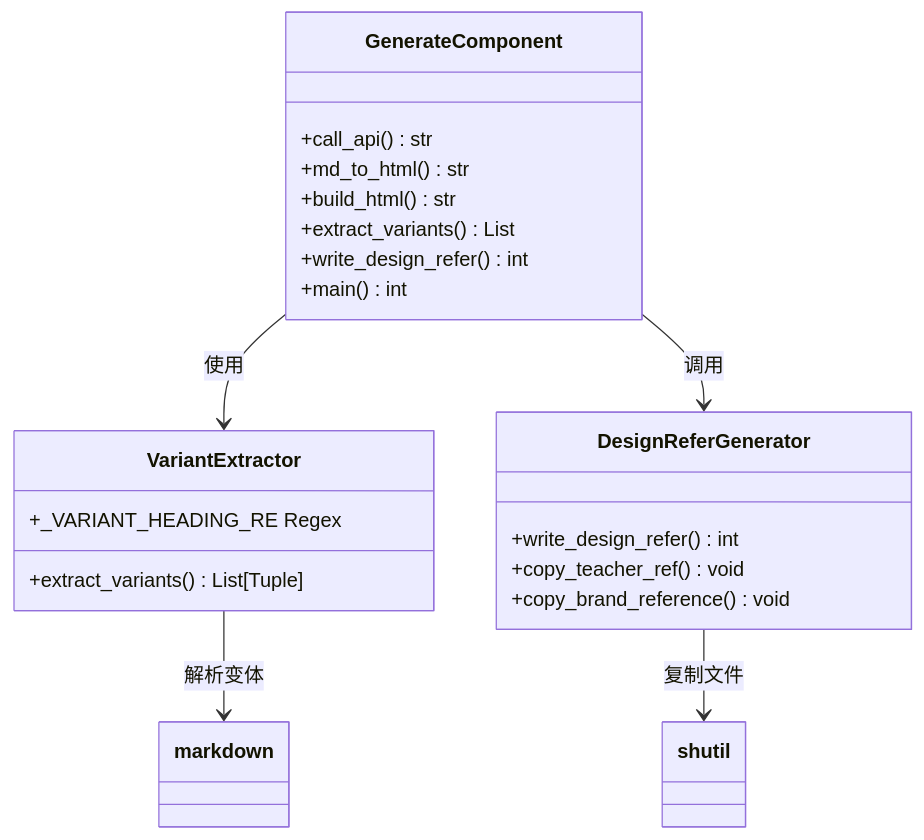
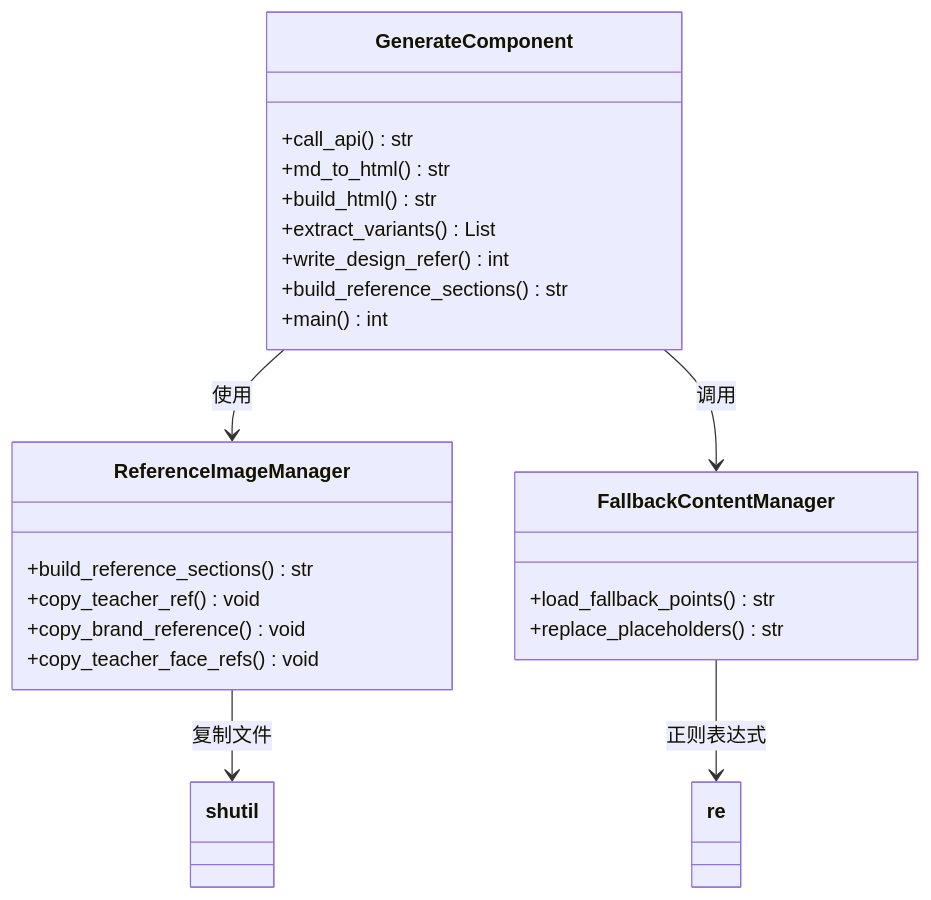
The fourth of 16 diagrams in .qoder/repowiki/zh/content/配置和定制/配置和定制.md (WongMingJiu/landingpage-test-hero-page), drawn with Mermaid before and after one commit. The commit also changed other lines of this file and 6 other files, not shown here.

````diff
--- a/.qoder/repowiki/zh/content/配置和定制/配置和定制.md
+++ b/.qoder/repowiki/zh/content/配置和定制/配置和定制.md
@@ -195,24 +205,26 @@
 ```mermaid
 classDiagram
 class GenerateComponent {
 +call_api() str
 +md_to_html() str
 +build_html() str
 +extract_variants() List
 +write_design_refer() int
++build_reference_sections() str
 +main() int
 }
-class VariantExtractor {
-+extract_variants() List[Tuple]
-+_VARIANT_HEADING_RE Regex
-}
-class DesignReferGenerator {
-+write_design_refer() int
+class ReferenceImageManager {
++build_reference_sections() str
 +copy_teacher_ref() void
 +copy_brand_reference() void
++copy_teacher_face_refs() void
 }
-GenerateComponent --> VariantExtractor : 使用
-GenerateComponent --> DesignReferGenerator : 调用
-VariantExtractor --> markdown : 解析变体
-DesignReferGenerator --> shutil : 复制文件
+class FallbackContentManager {
++load_fallback_points() str
++replace_placeholders() str
+}
+GenerateComponent --> ReferenceImageManager : 使用
+GenerateComponent --> FallbackContentManager : 调用
+ReferenceImageManager --> shutil : 复制文件
+FallbackContentManager --> re : 正则表达式
 ```
````
